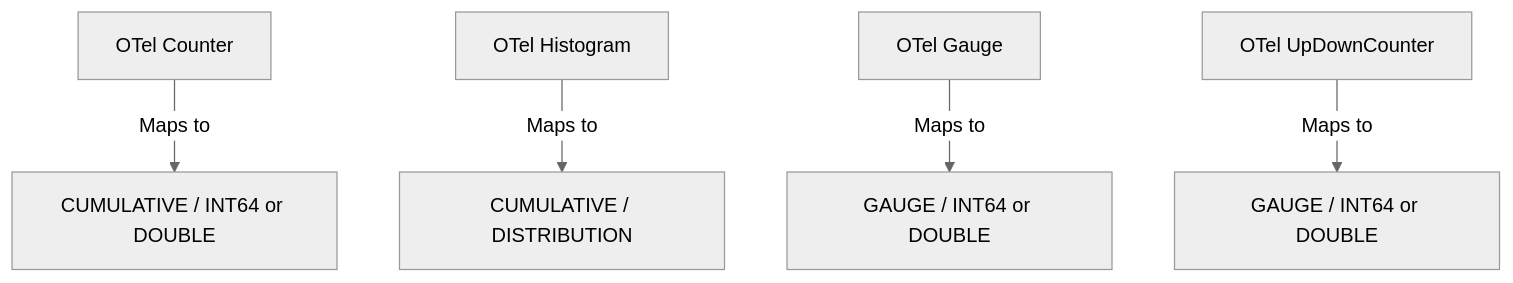
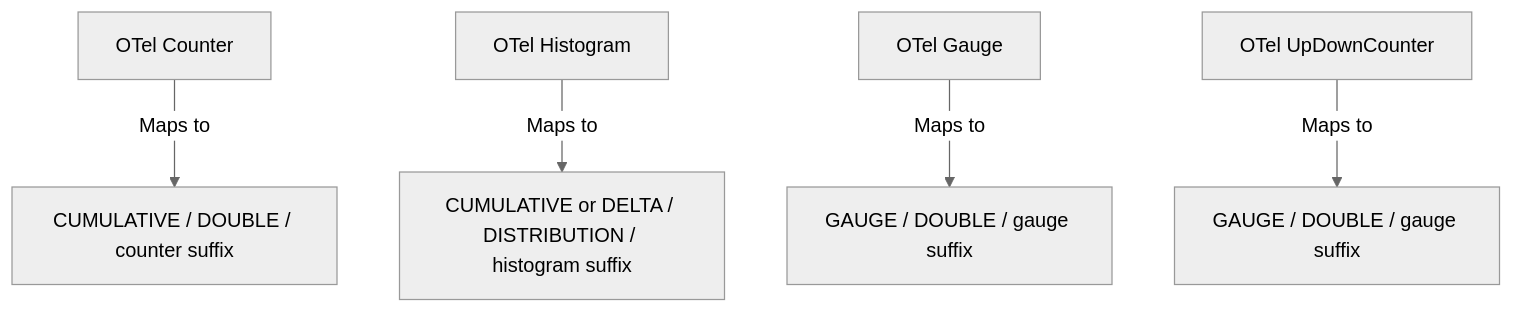
The second of 2 diagrams in posts/2026-02-17-how-to-export-opentelemetry-metrics-to-google-cloud-monitoring-using-the-otlp-exporter/README.md (OneUptime/blog), drawn with Mermaid (neutral theme) before and after one commit. The commit also changed other lines of this file and 2 other files, not shown here.

````diff
--- a/posts/2026-02-17-how-to-export-opentelemetry-metrics-to-google-cloud-monitoring-using-the-otlp-exporter/README.md
+++ b/posts/2026-02-17-how-to-export-opentelemetry-metrics-to-google-cloud-monitoring-using-the-otlp-exporter/README.md
@@ -222,7 +224,7 @@
 ```mermaid
 graph TD
-    A[OTel Counter] -->|Maps to| B[CUMULATIVE / INT64 or DOUBLE]
-    C[OTel Histogram] -->|Maps to| D[CUMULATIVE / DISTRIBUTION]
-    E[OTel Gauge] -->|Maps to| F[GAUGE / INT64 or DOUBLE]
-    G[OTel UpDownCounter] -->|Maps to| H[GAUGE / INT64 or DOUBLE]
+    A[OTel Counter] -->|Maps to| B[CUMULATIVE / DOUBLE / counter suffix]
+    C[OTel Histogram] -->|Maps to| D[CUMULATIVE or DELTA / DISTRIBUTION / histogram suffix]
+    E[OTel Gauge] -->|Maps to| F[GAUGE / DOUBLE / gauge suffix]
+    G[OTel UpDownCounter] -->|Maps to| H[GAUGE / DOUBLE / gauge suffix]
 ```
````
